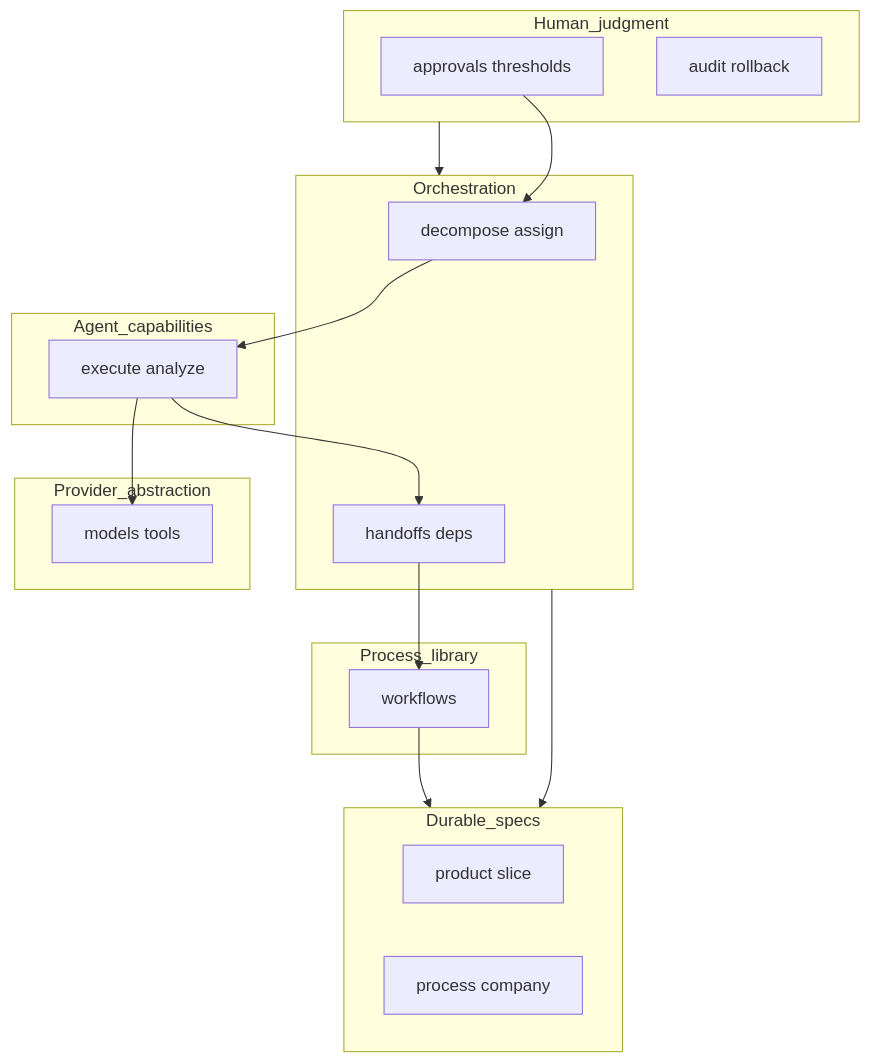
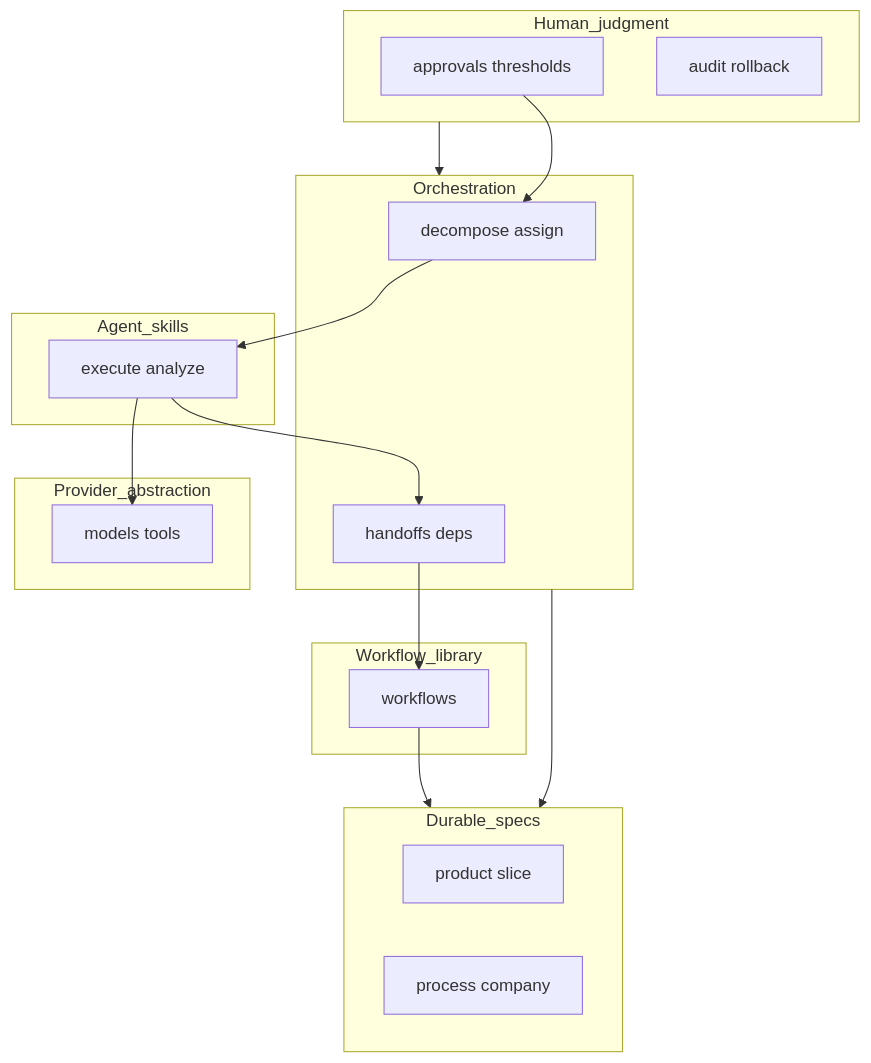
One commit to andelizondo/ai-native-framework changed the second of 2 diagrams in docs/AI_NATIVE_FRAMEWORK.md. Above: the diagram before and after it, drawn with Mermaid. The commit also changed other lines of this file and 1 other file, not shown here.

````diff
--- a/docs/AI_NATIVE_FRAMEWORK.md
+++ b/docs/AI_NATIVE_FRAMEWORK.md
@@ -142,32 +142,32 @@
 ```mermaid
 flowchart TB
   subgraph judgment [Human_judgment]
     APP[approvals thresholds]
     AUD[audit rollback]
   end
   subgraph orch [Orchestration]
     DEC[decompose assign]
     HO[handoffs deps]
   end
-  subgraph caps [Agent_capabilities]
+  subgraph caps [Agent_skills]
     EX[execute analyze]
   end
-  subgraph lib [Process_library]
+  subgraph lib [Workflow_library]
     WF[workflows]
   end
   subgraph prov [Provider_abstraction]
     RT[models tools]
   end
   subgraph store [Durable_specs]
     SP[product slice]
     PR[process company]
   end
   APP --> DEC
   DEC --> EX
   EX --> HO
   HO --> WF
   EX --> RT
   orch --> store
   WF --> store
   judgment --> orch
 ```
````
